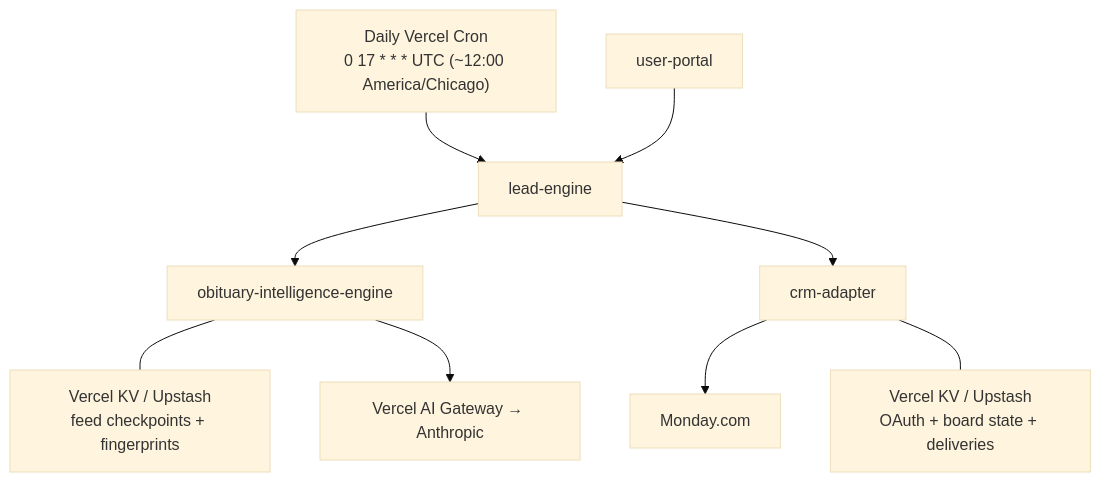
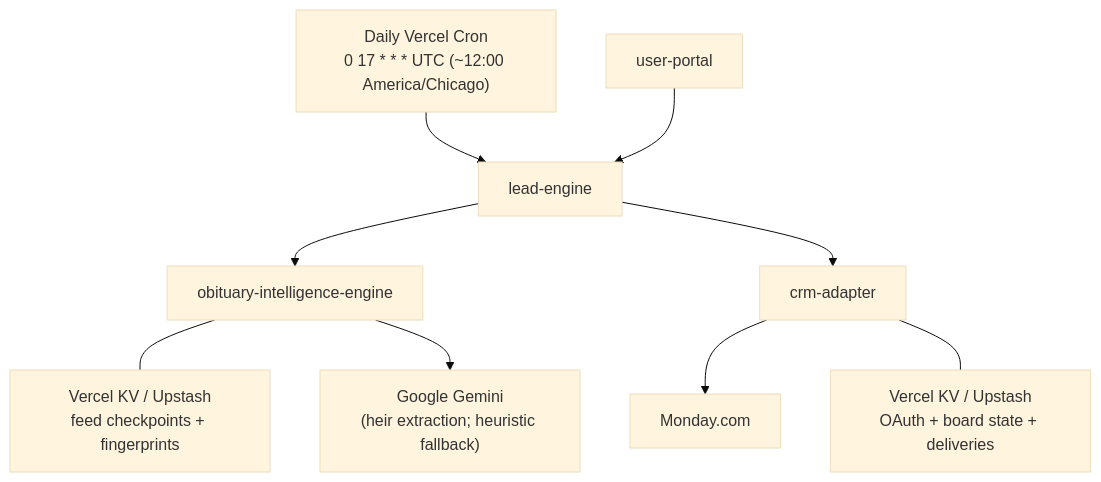
The third of 3 diagrams in README.md (nice-and-precise/lli-saas), drawn with Mermaid (base theme) before and after one commit. The commit also changed other lines of this file and 4 other files, not shown here.

First line of the commit message:
docs: align with Gemini heir extraction + deferred OAuth state (#29)

````diff
--- a/README.md
+++ b/README.md
@@ -78,11 +78,11 @@
 ```mermaid
 flowchart TB
     Cron["Daily Vercel Cron<br/>0 17 * * * UTC (~12:00 America/Chicago)"] --> LE["lead-engine"]
     UP["user-portal"] --> LE
     LE --> OE["obituary-intelligence-engine"]
     LE --> CA["crm-adapter"]
     CA --> Monday["Monday.com"]
     CA --- CAKV["Vercel KV / Upstash<br/>OAuth + board state + deliveries"]
     OE --- OEKV["Vercel KV / Upstash<br/>feed checkpoints + fingerprints"]
-    OE --> AIGW["Vercel AI Gateway → Anthropic"]
+    OE --> LLM["Google Gemini<br/>(heir extraction; heuristic fallback)"]
 ```
````
